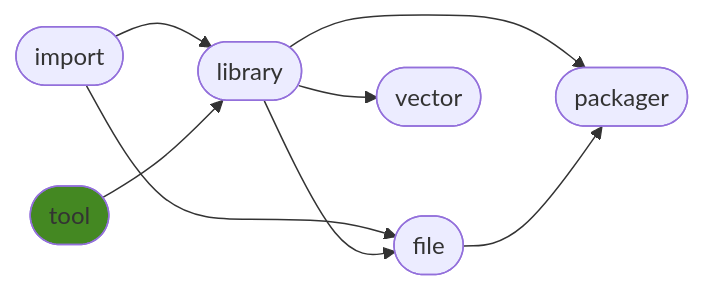
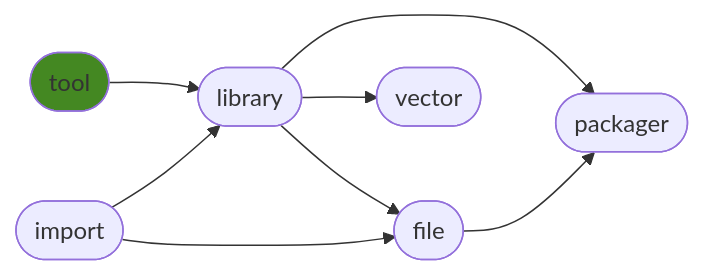
One commit to ManderaGeneral/generaltool changed the diagram in README.md. Above: the diagram before and after it, drawn with Mermaid. The commit also changed other lines of this file, not shown here.

````diff
--- a/README.md
+++ b/README.md
@@ -23,17 +23,17 @@
 ```mermaid
 flowchart LR
 2([library]) --> 5([packager])
+3([file]) --> 5([packager])
+1([tool]) --> 2([library])
+0([import]) --> 2([library])
 0([import]) --> 3([file])
 2([library]) --> 4([vector])
-0([import]) --> 2([library])
-1([tool]) --> 2([library])
 2([library]) --> 3([file])
-3([file]) --> 5([packager])
 click 0 "https://github.com/ManderaGeneral/generalimport"
 click 1 "https://github.com/ManderaGeneral/generaltool"
 click 2 "https://github.com/ManderaGeneral/generallibrary"
 click 3 "https://github.com/ManderaGeneral/generalfile"
 click 4 "https://github.com/ManderaGeneral/generalvector"
 click 5 "https://github.com/ManderaGeneral/generalpackager"
 style 1 fill:#482
 ```
````
